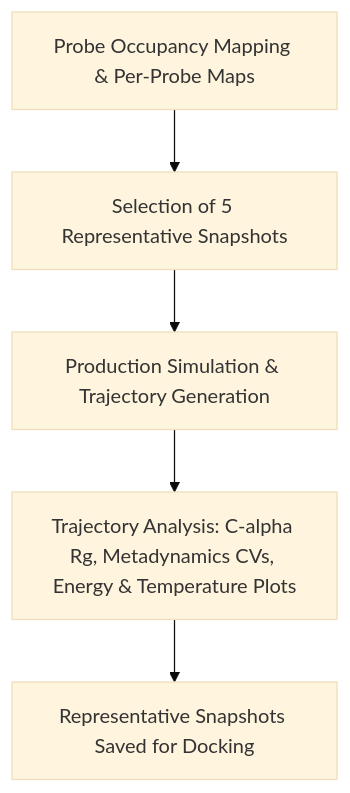
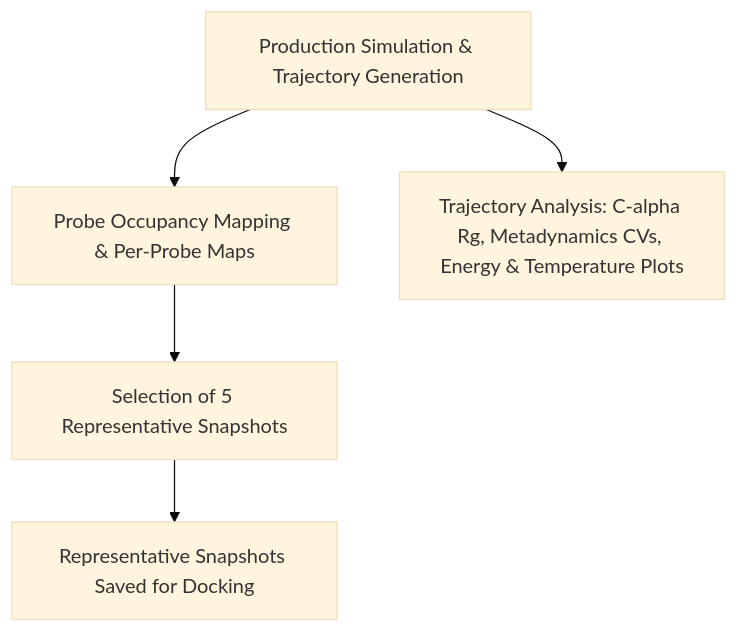
Before and after one commit to marcuswangweihow/FBDD: the fourth of 4 diagrams in Frag_to_lead_4MZI/README.md, drawn with Mermaid (base theme).

````diff
--- a/Frag_to_lead_4MZI/README.md
+++ b/Frag_to_lead_4MZI/README.md
@@ -171,7 +171,8 @@
 ```mermaid
 flowchart TD
-    J["Probe Occupancy Mapping & Per-Probe Maps"] --> K["Selection of 5 Representative Snapshots"] 
-    K --> L["Production Simulation & Trajectory Generation"] 
-    L --> M["Trajectory Analysis: C-alpha Rg, Metadynamics CVs, Energy & Temperature Plots"]
-    M --> N["Representative Snapshots Saved for Docking"]
+    J["Production Simulation & Trajectory Generation"] --> K["Probe Occupancy Mapping & Per-Probe Maps"]
+    K --> L["Selection of 5 Representative Snapshots"]
+    L --> N["Representative Snapshots Saved for Docking"]
+    
+    J --> M["Trajectory Analysis: C-alpha Rg, Metadynamics CVs, Energy & Temperature Plots"]
 ```
````
